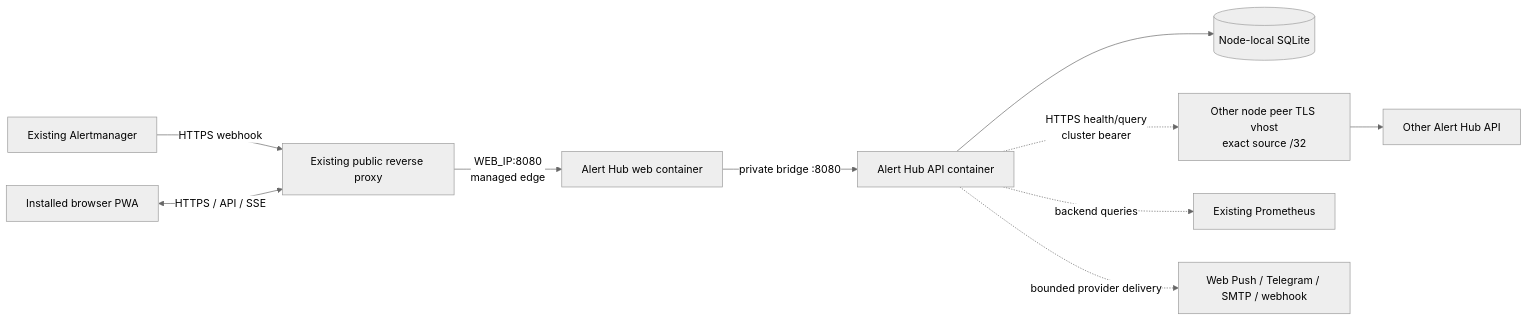
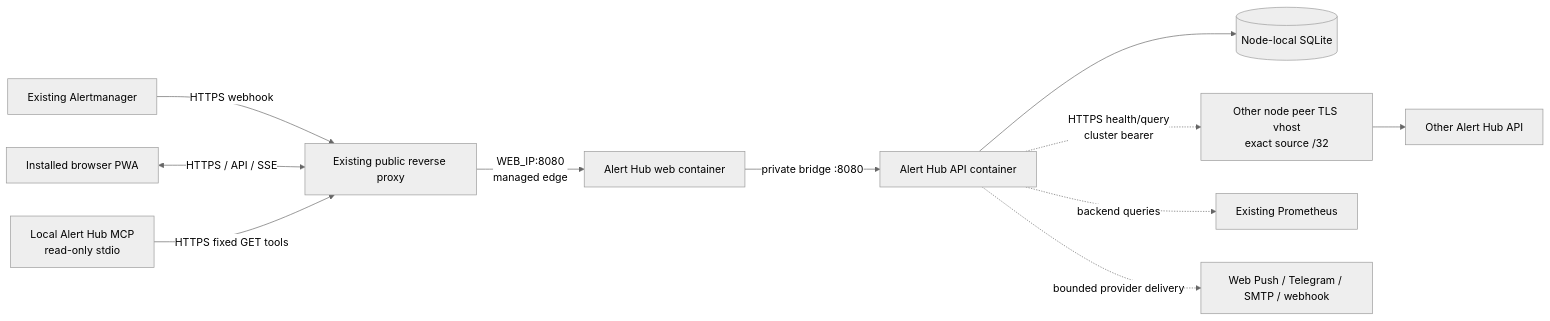
Before and after one commit to D1ffic00lt/alert-hub: the first of 3 diagrams in docs/architecture.md, drawn with Mermaid (neutral theme). The commit also changed other lines of this file and 33 other files, not shown here.

Commit message:
feat: add read-only Alert Hub MCP integration

````diff
--- a/docs/architecture.md
+++ b/docs/architecture.md
@@ -31,12 +34,13 @@
 ```mermaid
 flowchart LR
     AM["Existing Alertmanager"] -->|"HTTPS webhook"| PX["Existing public reverse proxy"]
     UI["Installed browser PWA"] <-->|"HTTPS / API / SSE"| PX
     PX -->|"WEB_IP:8080\nmanaged edge"| WEB["Alert Hub web container"]
     WEB -->|"private bridge :8080"| API["Alert Hub API container"]
     API --> DB[("Node-local SQLite")]
     API -. "HTTPS health/query\ncluster bearer" .-> PEERPX["Other node peer TLS vhost\nexact source /32"]
     PEERPX --> PEER["Other Alert Hub API"]
     API -. "backend queries" .-> PROM["Existing Prometheus"]
     API -. "bounded provider delivery" .-> PUSH["Web Push / Telegram / SMTP / webhook"]
+    MCP["Local Alert Hub MCP\nread-only stdio"] -->|"HTTPS fixed GET tools"| PX
 ```
````
